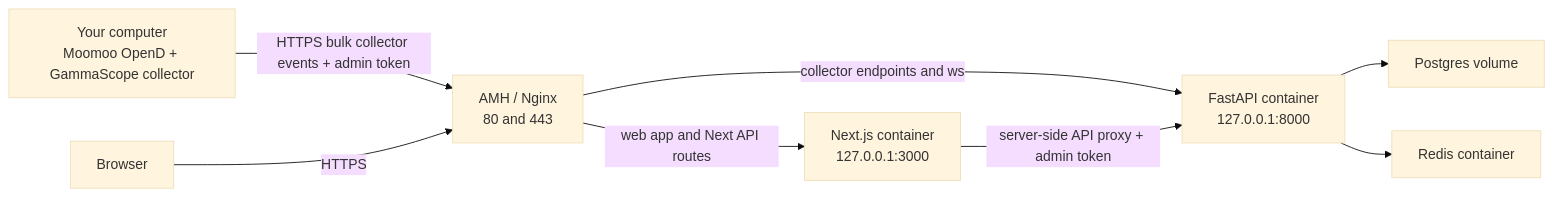
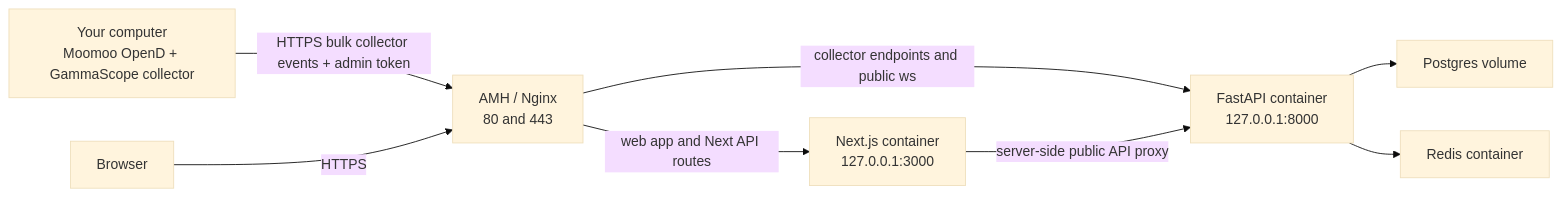
Before and after one commit to zifanzhou1024/gamma-scope: the diagram in docs/amh-nginx-server-setup.md, drawn with Mermaid (base theme). The commit also changed other lines of this file and 6 other files, not shown here.

````diff
--- a/docs/amh-nginx-server-setup.md
+++ b/docs/amh-nginx-server-setup.md
@@ -7,10 +7,10 @@
 ```mermaid
 flowchart LR
   Mac["Your computer\nMoomoo OpenD + GammaScope collector"] -->|HTTPS bulk collector events + admin token| Nginx["AMH / Nginx\n80 and 443"]
   Browser["Browser"] -->|HTTPS| Nginx
-  Nginx -->|collector endpoints and ws| API["FastAPI container\n127.0.0.1:8000"]
+  Nginx -->|collector endpoints and public ws| API["FastAPI container\n127.0.0.1:8000"]
   Nginx -->|web app and Next API routes| Web["Next.js container\n127.0.0.1:3000"]
-  Web -->|server-side API proxy + admin token| API
+  Web -->|server-side public API proxy| API
   API --> Postgres["Postgres volume"]
   API --> Redis["Redis container"]
 ```
````
